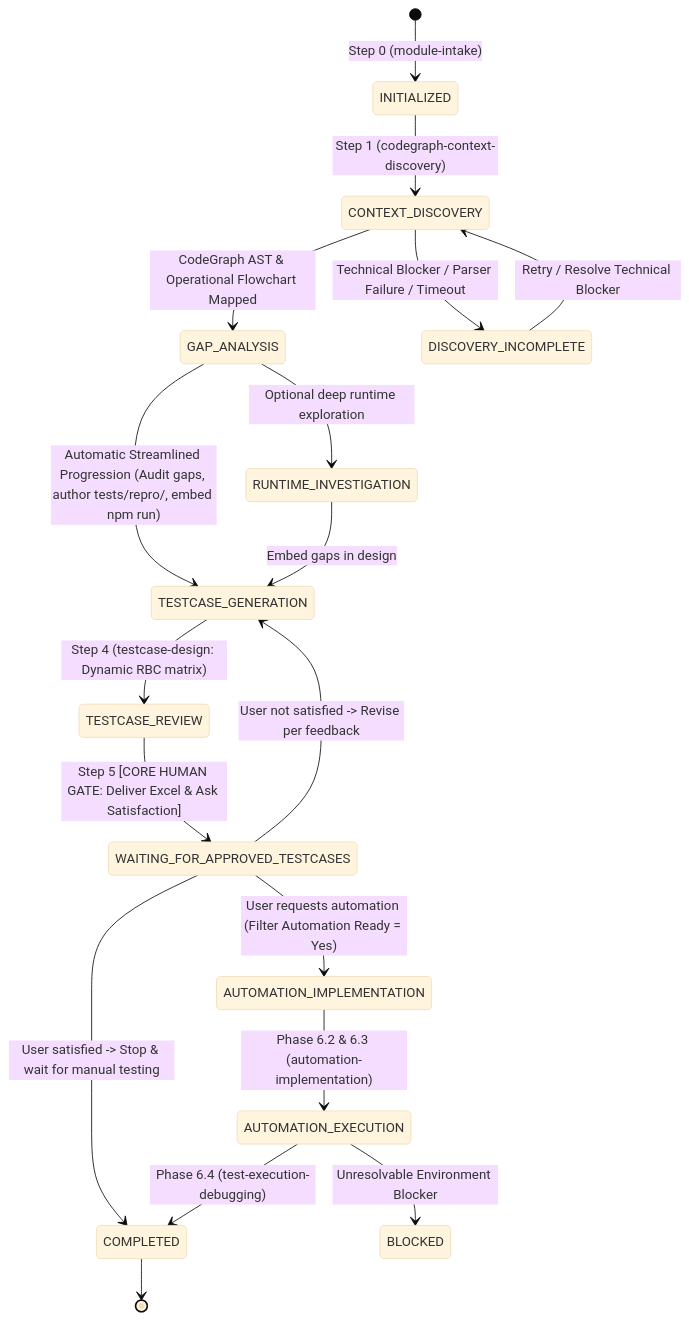
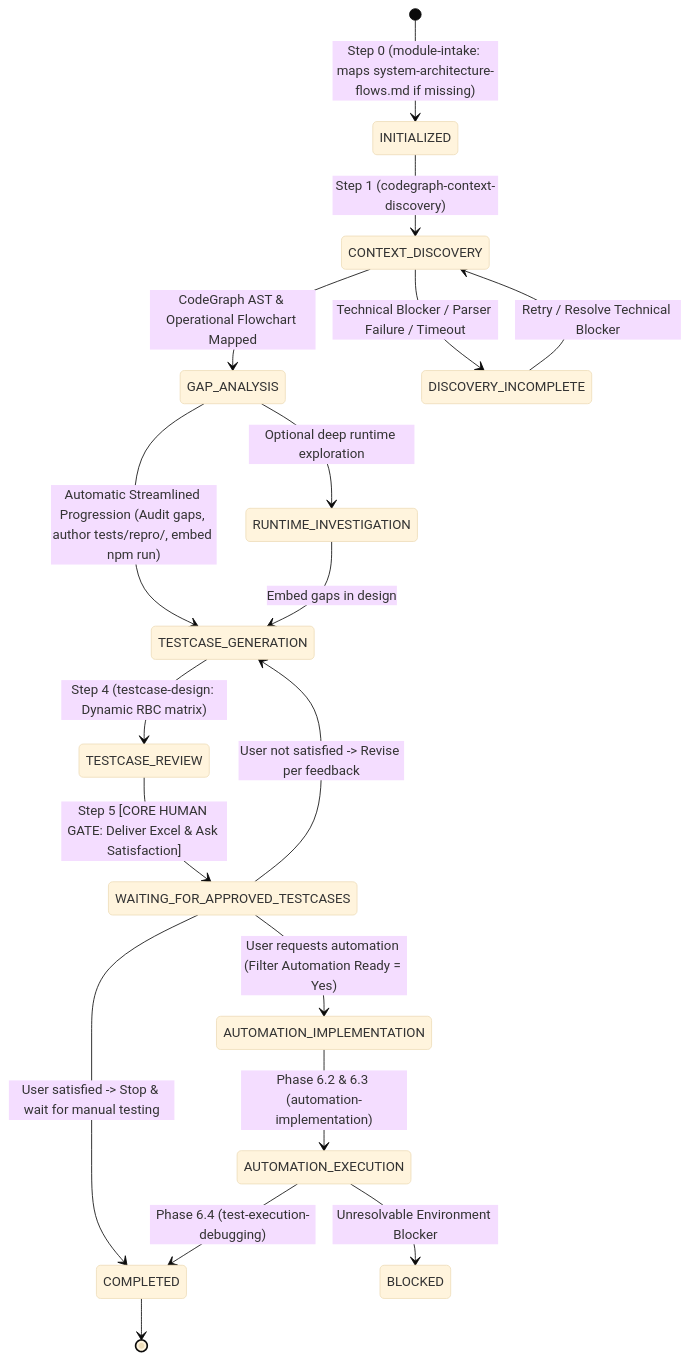
Before and after one commit to Dang-nhut-tan/QA-skill: the diagram in skills/workflow-orchestrator/SKILL.md, drawn with Mermaid (base theme). The commit also changed 7 other files, not shown here.

Commit message:
feat(architecture): add Step 0 system-architecture-flows discovery to expose cross-system blindspots and inconsistencies

````diff
--- a/skills/workflow-orchestrator/SKILL.md
+++ b/skills/workflow-orchestrator/SKILL.md
@@ -24,24 +24,24 @@
 ```mermaid
 stateDiagram-v2
-    [*] --> INITIALIZED: Step 0 (module-intake)
+    [*] --> INITIALIZED: Step 0 (module-intake: maps system-architecture-flows.md if missing)
     INITIALIZED --> CONTEXT_DISCOVERY: Step 1 (codegraph-context-discovery)
     CONTEXT_DISCOVERY --> GAP_ANALYSIS: CodeGraph AST & Operational Flowchart Mapped
     CONTEXT_DISCOVERY --> DISCOVERY_INCOMPLETE: Technical Blocker / Parser Failure / Timeout
     DISCOVERY_INCOMPLETE --> CONTEXT_DISCOVERY: Retry / Resolve Technical Blocker
     
     GAP_ANALYSIS --> TESTCASE_GENERATION: Automatic Streamlined Progression (Audit gaps, author tests/repro/, embed npm run)
     GAP_ANALYSIS --> RUNTIME_INVESTIGATION: Optional deep runtime exploration
     RUNTIME_INVESTIGATION --> TESTCASE_GENERATION: Embed gaps in design
     
     TESTCASE_GENERATION --> TESTCASE_REVIEW: Step 4 (testcase-design: Dynamic RBC matrix)
     TESTCASE_REVIEW --> WAITING_FOR_APPROVED_TESTCASES: Step 5 [CORE HUMAN GATE: Deliver Excel & Ask Satisfaction]
     
     WAITING_FOR_APPROVED_TESTCASES --> TESTCASE_GENERATION: User not satisfied -> Revise per feedback
     WAITING_FOR_APPROVED_TESTCASES --> COMPLETED: User satisfied -> Stop & wait for manual testing
     WAITING_FOR_APPROVED_TESTCASES --> AUTOMATION_IMPLEMENTATION: User requests automation (Filter Automation Ready = Yes)
     
     AUTOMATION_IMPLEMENTATION --> AUTOMATION_EXECUTION: Phase 6.2 & 6.3 (automation-implementation)
     AUTOMATION_EXECUTION --> COMPLETED: Phase 6.4 (test-execution-debugging)
     AUTOMATION_EXECUTION --> BLOCKED: Unresolvable Environment Blocker
     COMPLETED --> [*]
 ```
````
